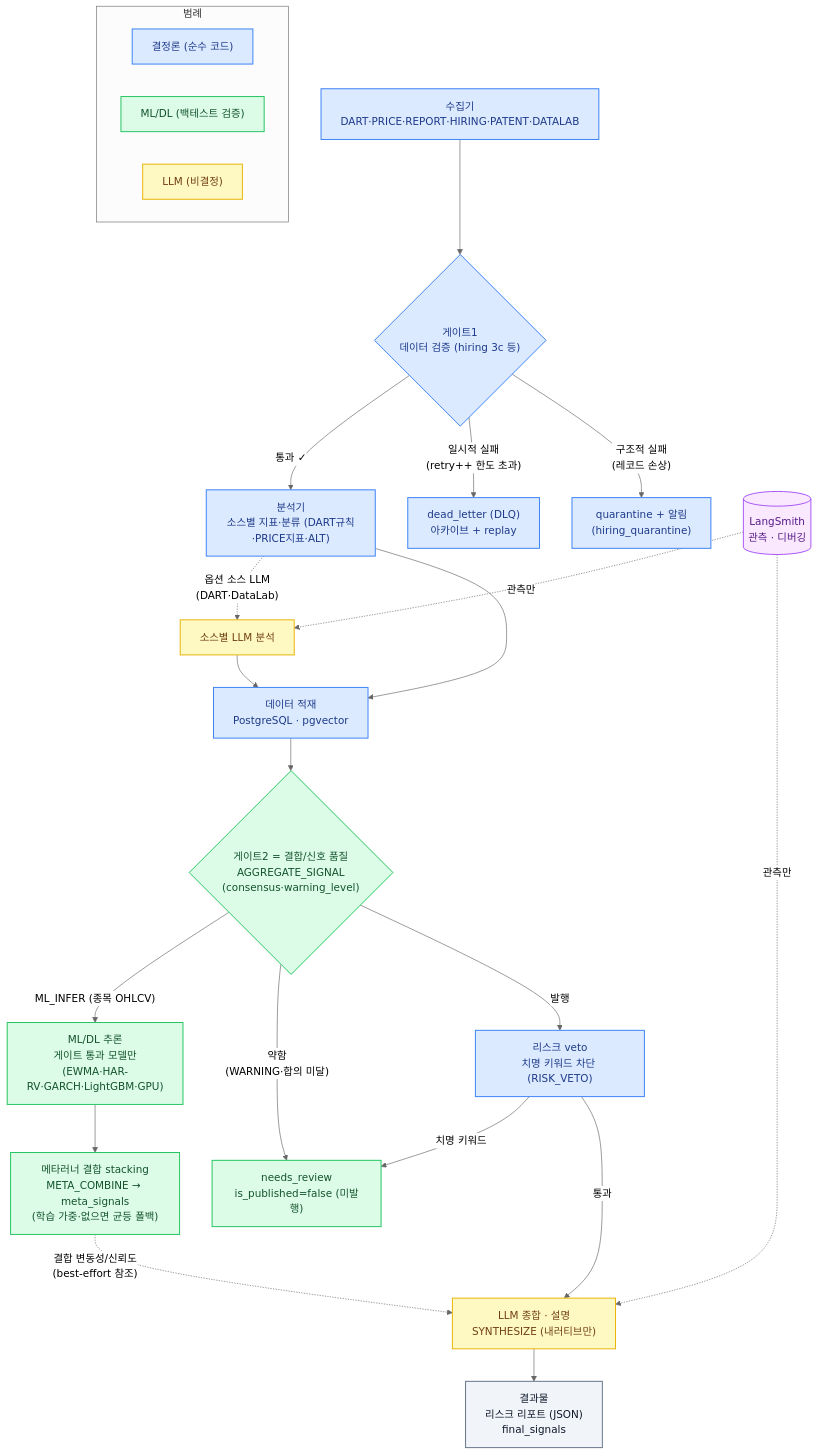
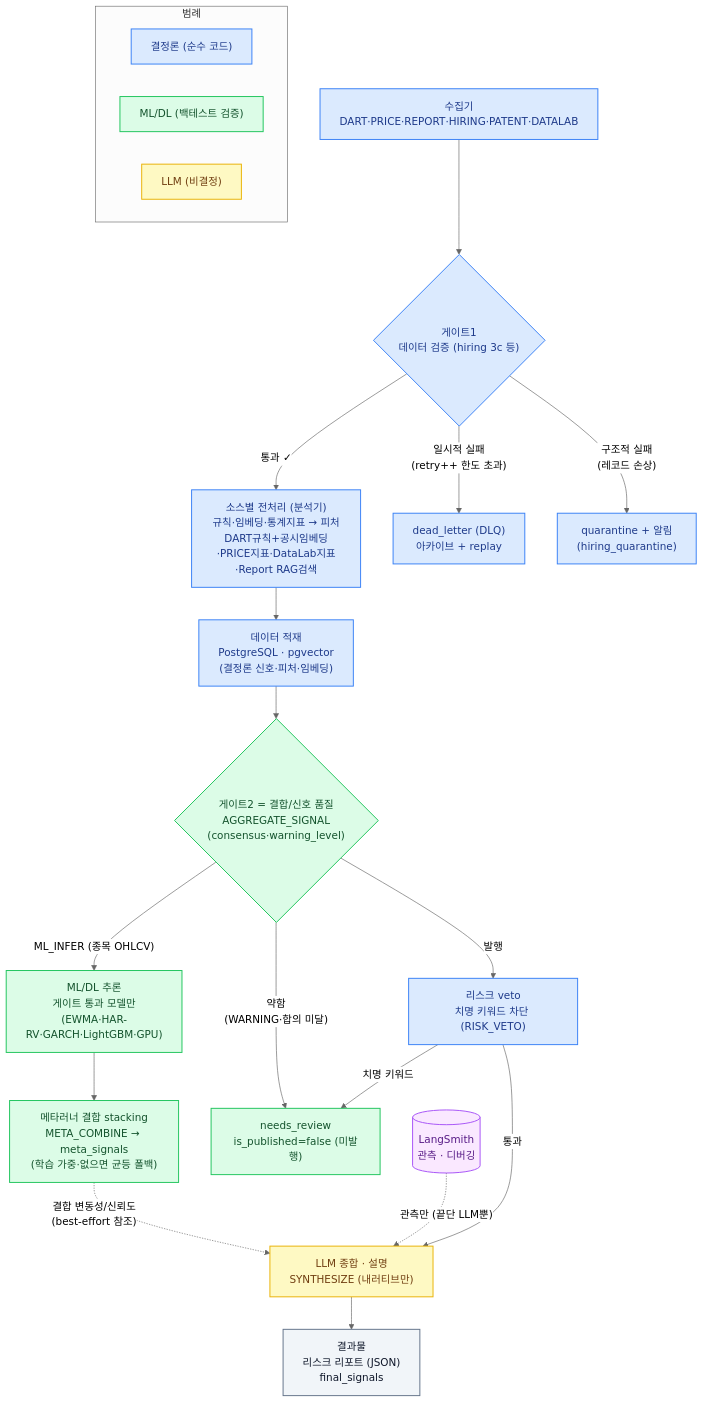
The diagram in docs/design/architecture.mermaid (AIX14-3/signal-alpha), drawn with Mermaid (neutral theme) before and after one commit. The commit also changed 12 other files, not shown here.

First line of the commit message:
refactor(worker): 분석기를 결정론 전처리로 일원화 + DART 공시 임베딩 도입

```diff
--- a/docs/design/architecture.mermaid
+++ b/docs/design/architecture.mermaid
@@ -1,39 +1,36 @@
 flowchart TD
     A["수집기<br/>DART·PRICE·REPORT·HIRING·PATENT·DATALAB"]:::det --> G1{"게이트1<br/>데이터 검증 (hiring 3c 등)"}:::det
 
-    G1 -->|"통과 ✓"| B["분석기<br/>소스별 지표·분류 (DART규칙·PRICE지표·ALT)"]:::det
+    G1 -->|"통과 ✓"| B["소스별 전처리 (분석기)<br/>규칙·임베딩·통계지표 → 피처<br/>DART규칙+공시임베딩·PRICE지표·DataLab지표·Report RAG검색"]:::det
     G1 -->|"일시적 실패<br/>(retry++ 한도 초과)"| DLQ["dead_letter (DLQ)<br/>아카이브 + replay"]:::det
     G1 -->|"구조적 실패<br/>(레코드 손상)"| Q["quarantine + 알림<br/>(hiring_quarantine)"]:::det
 
-    B -. "옵션 소스 LLM<br/>(DART·DataLab)" .-> BL["소스별 LLM 분석"]:::llm
-    BL --> C
-    B --> C["데이터 적재<br/>PostgreSQL · pgvector"]:::det
+    B --> C["데이터 적재<br/>PostgreSQL · pgvector<br/>(결정론 신호·피처·임베딩)"]:::det
 
     C --> G2{"게이트2 = 결합/신호 품질<br/>AGGREGATE_SIGNAL<br/>(consensus·warning_level)"}:::ml
 
     G2 -->|"ML_INFER (종목 OHLCV)"| D["ML/DL 추론<br/>게이트 통과 모델만<br/>(EWMA·HAR-RV·GARCH·LightGBM·GPU)"]:::ml
     D --> E["메타러너 결합 stacking<br/>META_COMBINE → meta_signals<br/>(학습 가중·없으면 균등 폴백)"]:::ml
 
     G2 -->|"약함<br/>(WARNING·합의 미달)"| NR["needs_review<br/>is_published=false (미발행)"]:::ml
     G2 -->|"발행"| V["리스크 veto<br/>치명 키워드 차단 (RISK_VETO)"]:::det
 
     V -->|"치명 키워드"| NR
     V -->|"통과"| L["LLM 종합 · 설명<br/>SYNTHESIZE (내러티브만)"]:::llm
     E -. "결합 변동성/신뢰도<br/>(best-effort 참조)" .-> L
     L --> O["결과물<br/>리스크 리포트 (JSON)<br/>final_signals"]:::out
 
-    LS[("LangSmith<br/>관측 · 디버깅")]:::obs -. "관측만" .-> BL
-    LS -. "관측만" .-> L
+    LS[("LangSmith<br/>관측 · 디버깅")]:::obs -. "관측만 (끝단 LLM뿐)" .-> L
 
     subgraph 범례 [" 범례 "]
         direction LR
         K1["결정론 (순수 코드)"]:::det
         K2["ML/DL (백테스트 검증)"]:::ml
         K3["LLM (비결정)"]:::llm
     end
 
     classDef det fill:#dbeafe,stroke:#3b82f6,stroke-width:1.5px,color:#1e3a8a
     classDef ml  fill:#dcfce7,stroke:#22c55e,stroke-width:1.5px,color:#14532d
     classDef llm fill:#fef9c3,stroke:#eab308,stroke-width:1.5px,color:#713f12
     classDef out fill:#f1f5f9,stroke:#64748b,stroke-width:1.5px,color:#0f172a
     classDef obs fill:#fae8ff,stroke:#a855f7,stroke-width:1.5px,color:#581c87
```
